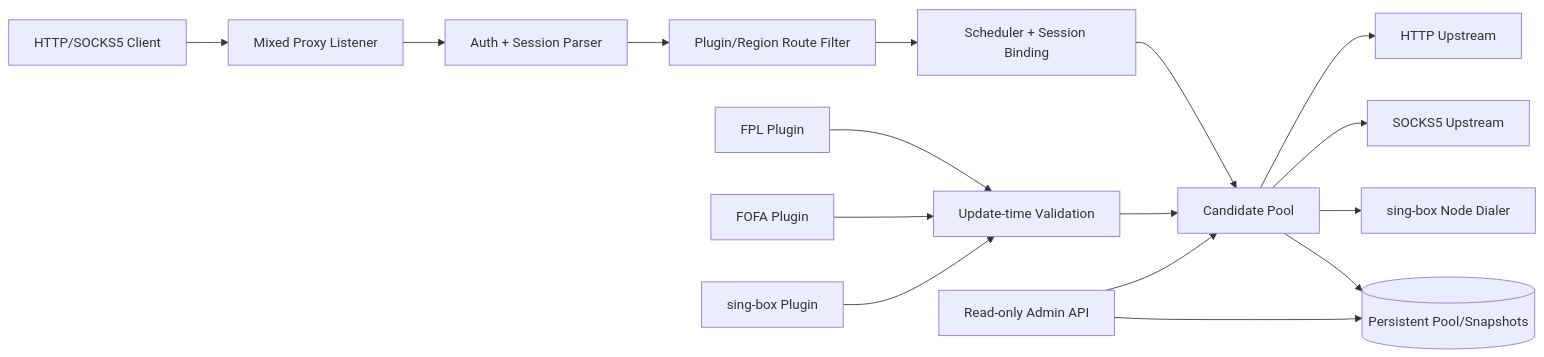
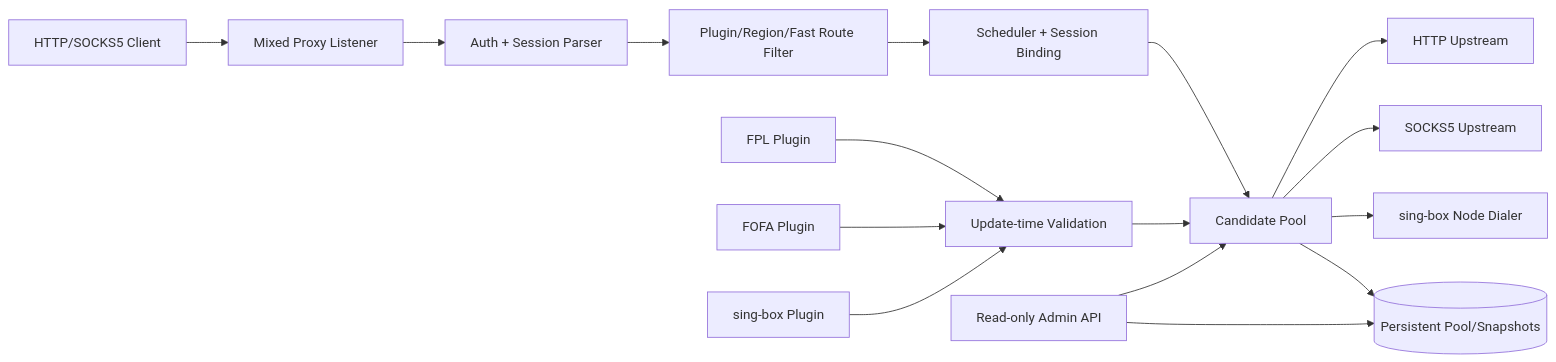
Before and after one commit to fengyuanluo/aioproxy: the first of 7 diagrams in docs/topology.md, drawn with Mermaid. The commit also changed other lines of this file and 17 other files, not shown here.

````diff
--- a/docs/topology.md
+++ b/docs/topology.md
@@ -5,18 +5,18 @@
 ```mermaid
 flowchart LR
   Client[HTTP/SOCKS5 Client] --> Mixed[Mixed Proxy Listener]
   Mixed --> Auth[Auth + Session Parser]
-  Auth --> Route[Plugin/Region Route Filter]
+  Auth --> Route[Plugin/Region/Fast Route Filter]
   Route --> Scheduler[Scheduler + Session Binding]
   Scheduler --> Pool[Candidate Pool]
   Pool --> HTTP[HTTP Upstream]
   Pool --> SOCKS[SOCKS5 Upstream]
   Pool --> SB[sing-box Node Dialer]
   FPL[FPL Plugin] --> Validate[Update-time Validation]
   FOFA[FOFA Plugin] --> Validate
   SING[sing-box Plugin] --> Validate
   Validate --> Pool
   Pool --> Store[(Persistent Pool/Snapshots)]
   Admin[Read-only Admin API] --> Pool
   Admin --> Store
 ```
````
